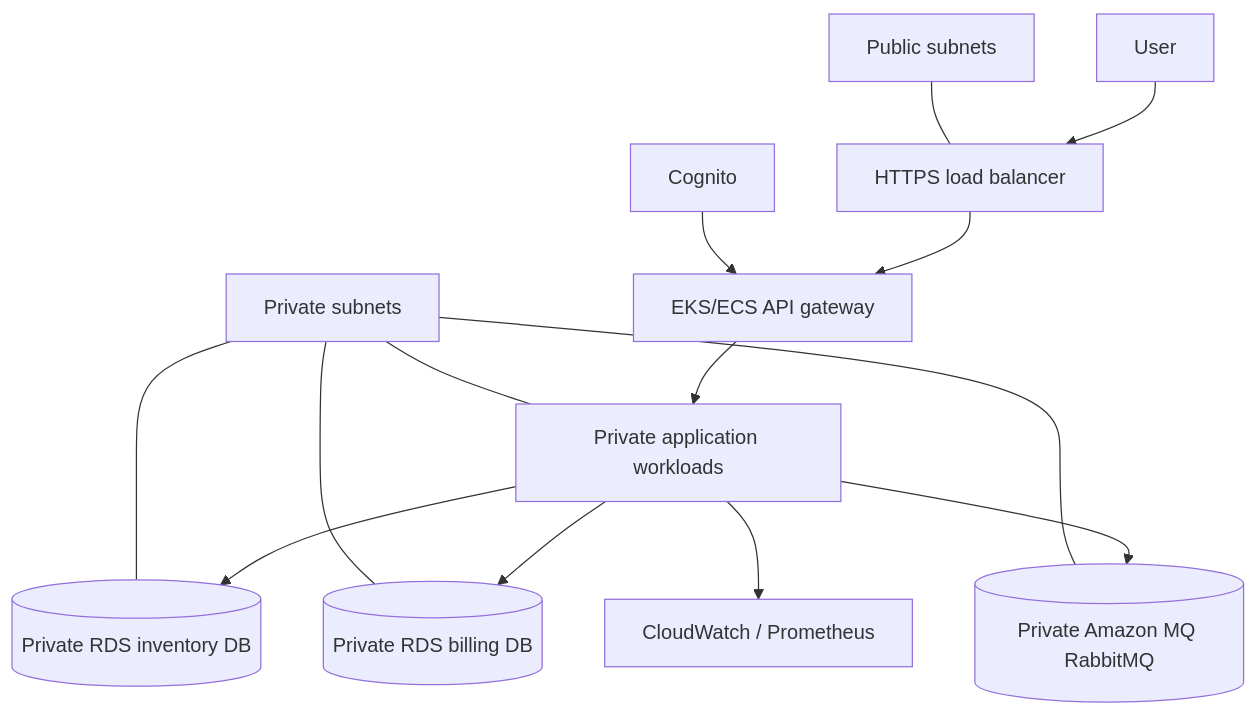
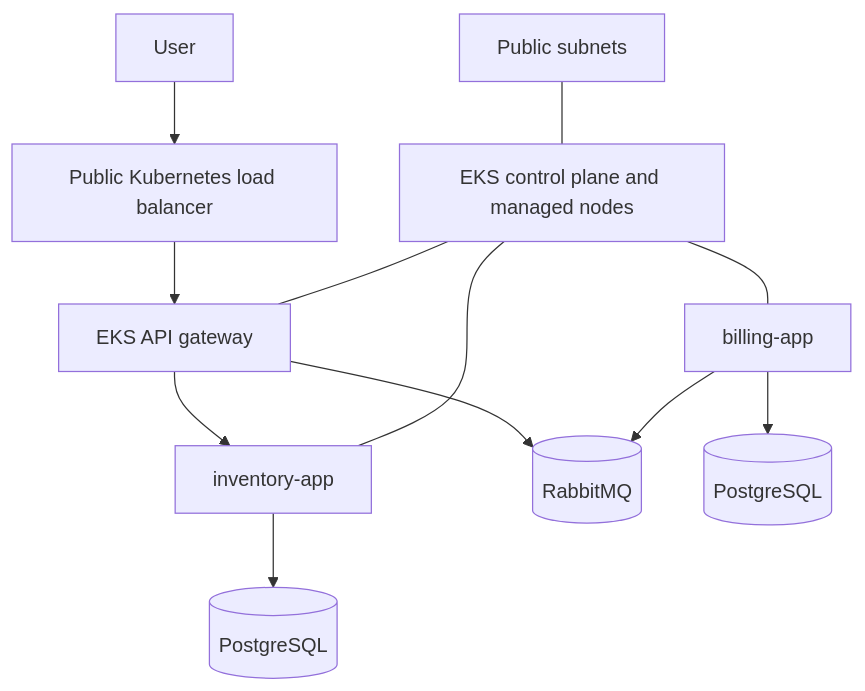
The second of 2 diagrams in docs/ARCHITECTURE.md (eb0687/cloud-design), drawn with Mermaid before and after one commit. The commit also changed other lines of this file and 12 other files, not shown here.

````diff
--- a/docs/ARCHITECTURE.md
+++ b/docs/ARCHITECTURE.md
@@ -24,16 +24,14 @@
 ```mermaid
 flowchart TB
-    User --> TLS[HTTPS load balancer]
-    TLS --> Gateway[EKS/ECS API gateway]
-    Gateway --> Apps[Private application workloads]
-    Apps --> RDS1[(Private RDS inventory DB)]
-    Apps --> RDS2[(Private RDS billing DB)]
-    Apps --> MQ[(Private Amazon MQ RabbitMQ)]
-    Auth[Cognito] --> Gateway
-    Apps --> Logs[CloudWatch / Prometheus]
-    Public[Public subnets] --- TLS
-    Private[Private subnets] --- Apps
-    Private --- RDS1
-    Private --- RDS2
-    Private --- MQ
+    User --> LB[Public Kubernetes load balancer]
+    LB --> Gateway[EKS API gateway]
+    Gateway --> Inventory[inventory-app]
+    Gateway --> Rabbit[(RabbitMQ)]
+    Inventory --> InventoryDB[(PostgreSQL)]
+    Billing[billing-app] --> Rabbit
+    Billing --> BillingDB[(PostgreSQL)]
+    Public[Public subnets] --- EKS[EKS control plane and managed nodes]
+    EKS --- Gateway
+    EKS --- Inventory
+    EKS --- Billing
 ```
````
